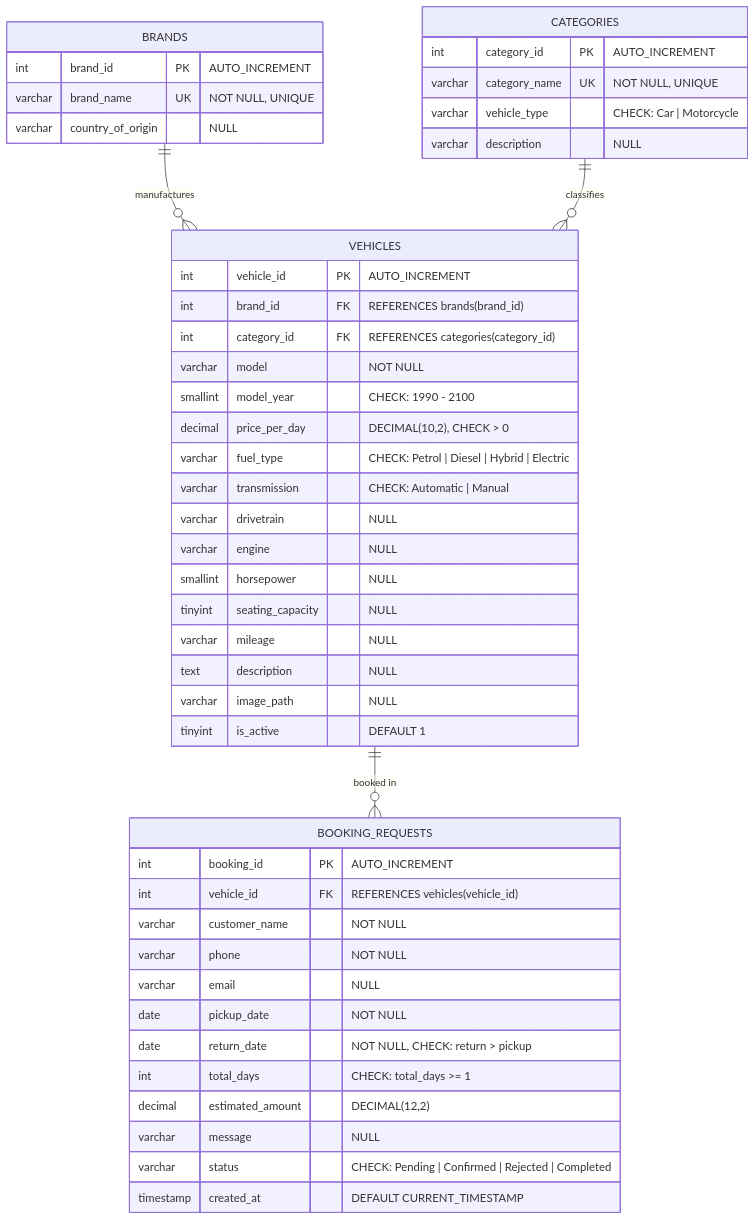
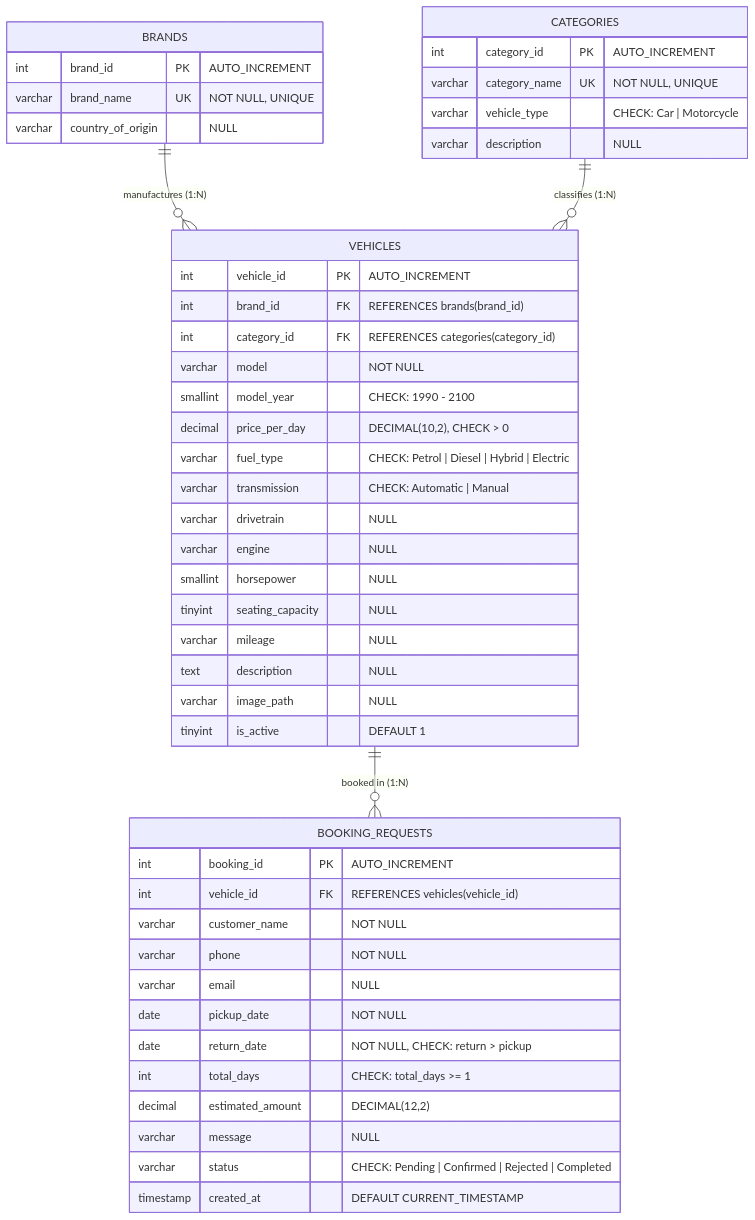
The diagram in README.md (arjun-sjadhav/Luxury-vehicle-booking-system), drawn with Mermaid before and after one commit. The commit also changed other lines of this file and 4 other files, not shown here.

Commit message:
Add high-resolution ER diagram, image mapping, and fallback asset

````diff
--- a/README.md
+++ b/README.md
@@ -71,53 +76,53 @@
 ```mermaid
 erDiagram
-  BRANDS ||--o{ VEHICLES : "manufactures"
-  CATEGORIES ||--o{ VEHICLES : "classifies"
-  VEHICLES ||--o{ BOOKING_REQUESTS : "booked in"
+  BRANDS ||--o{ VEHICLES : "manufactures (1:N)"
+  CATEGORIES ||--o{ VEHICLES : "classifies (1:N)"
+  VEHICLES ||--o{ BOOKING_REQUESTS : "booked in (1:N)"
 
   BRANDS {
     int brand_id PK "AUTO_INCREMENT"
     varchar brand_name UK "NOT NULL, UNIQUE"
     varchar country_of_origin "NULL"
   }
 
   CATEGORIES {
     int category_id PK "AUTO_INCREMENT"
     varchar category_name UK "NOT NULL, UNIQUE"
     varchar vehicle_type "CHECK: Car | Motorcycle"
     varchar description "NULL"
   }
 
   VEHICLES {
     int vehicle_id PK "AUTO_INCREMENT"
     int brand_id FK "REFERENCES brands(brand_id)"
     int category_id FK "REFERENCES categories(category_id)"
     varchar model "NOT NULL"
     smallint model_year "CHECK: 1990 - 2100"
     decimal price_per_day "DECIMAL(10,2), CHECK > 0"
     varchar fuel_type "CHECK: Petrol | Diesel | Hybrid | Electric"
     varchar transmission "CHECK: Automatic | Manual"
     varchar drivetrain "NULL"
     varchar engine "NULL"
     smallint horsepower "NULL"
     tinyint seating_capacity "NULL"
     varchar mileage "NULL"
     text description "NULL"
     varchar image_path "NULL"
     tinyint is_active "DEFAULT 1"
   }
 
   BOOKING_REQUESTS {
     int booking_id PK "AUTO_INCREMENT"
     int vehicle_id FK "REFERENCES vehicles(vehicle_id)"
     varchar customer_name "NOT NULL"
     varchar phone "NOT NULL"
     varchar email "NULL"
     date pickup_date "NOT NULL"
     date return_date "NOT NULL, CHECK: return > pickup"
     int total_days "CHECK: total_days >= 1"
     decimal estimated_amount "DECIMAL(12,2)"
     varchar message "NULL"
     varchar status "CHECK: Pending | Confirmed | Rejected | Completed"
     timestamp created_at "DEFAULT CURRENT_TIMESTAMP"
   }
 ```
````
